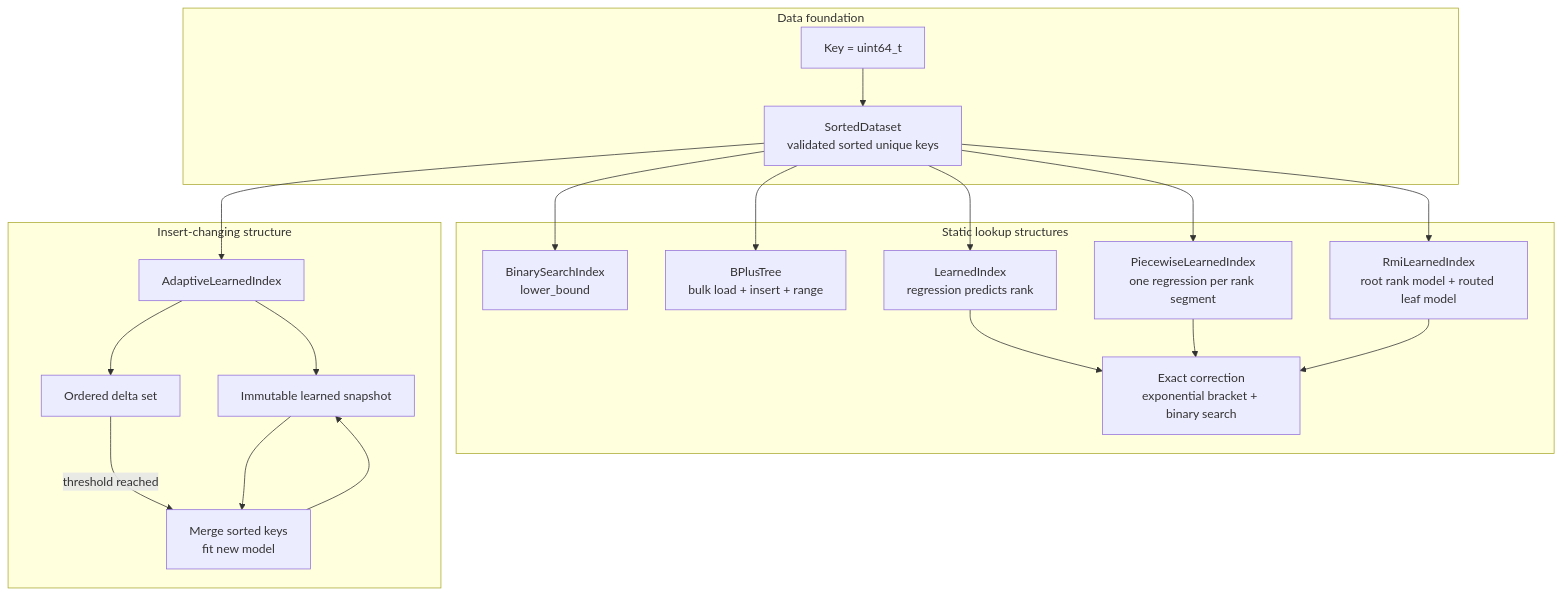
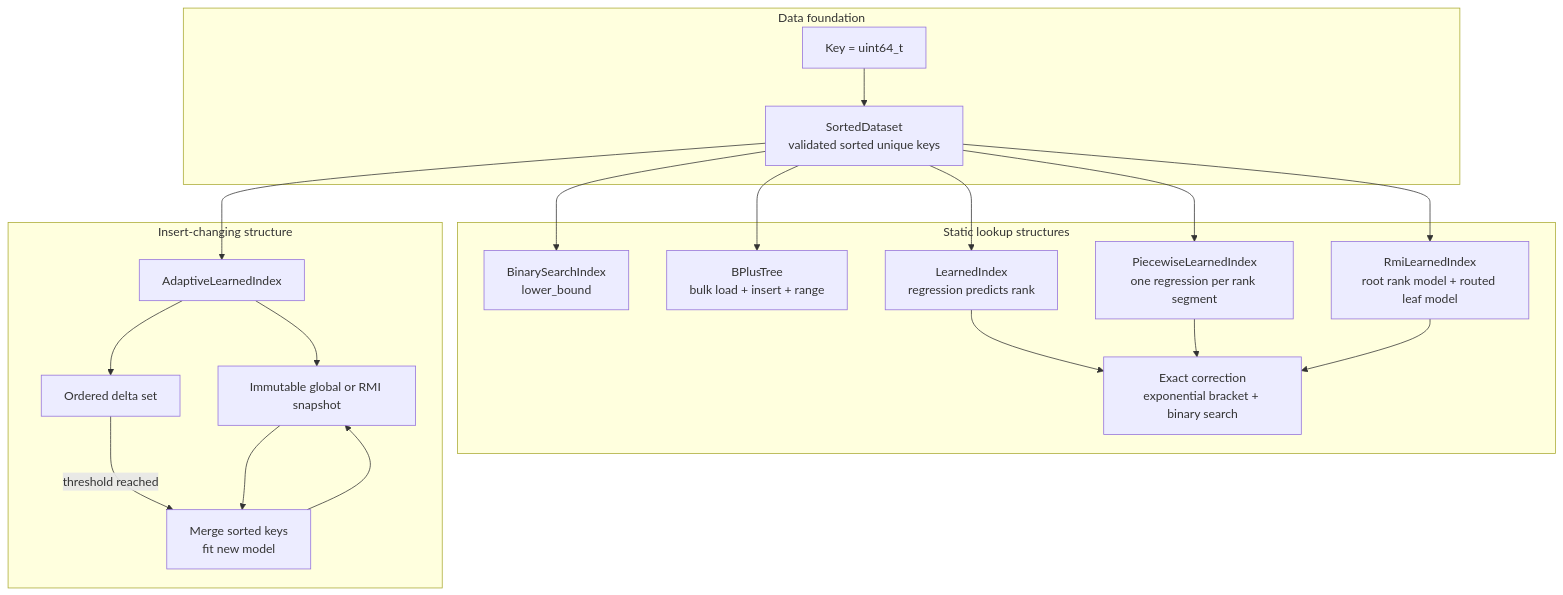
One commit to ratneshsingh-dul/concurrent-learned-index changed the first of 3 diagrams in docs/architecture.md. Above: the diagram before and after it, drawn with Mermaid. The commit also changed other lines of this file and 2 other files, not shown here.

````diff
--- a/docs/architecture.md
+++ b/docs/architecture.md
@@ -10,36 +10,36 @@
 ```mermaid
 flowchart TB
     subgraph Data[Data foundation]
       K[Key = uint64_t]
       SD[SortedDataset<br/>validated sorted unique keys]
     end
     subgraph Static[Static lookup structures]
       BS[BinarySearchIndex<br/>lower_bound]
       BT[BPlusTree<br/>bulk load + insert + range]
       LI[LearnedIndex<br/>regression predicts rank]
       PLI[PiecewiseLearnedIndex<br/>one regression per rank segment]
       RMI[RmiLearnedIndex<br/>root rank model + routed leaf model]
       EC[Exact correction<br/>exponential bracket + binary search]
     end
     subgraph Mutable[Insert-changing structure]
       ALI[AdaptiveLearnedIndex]
-      BASE[Immutable learned snapshot]
+      BASE[Immutable global or RMI snapshot]
       DELTA[Ordered delta set]
       MERGE[Merge sorted keys<br/>fit new model]
     end
     K --> SD
     SD --> BS
     SD --> BT
     SD --> LI
     LI --> EC
     SD --> PLI
     PLI --> EC
     SD --> RMI
     RMI --> EC
     SD --> ALI
     ALI --> BASE
     ALI --> DELTA
     DELTA -->|threshold reached| MERGE
     BASE --> MERGE
     MERGE --> BASE
 ```
````
